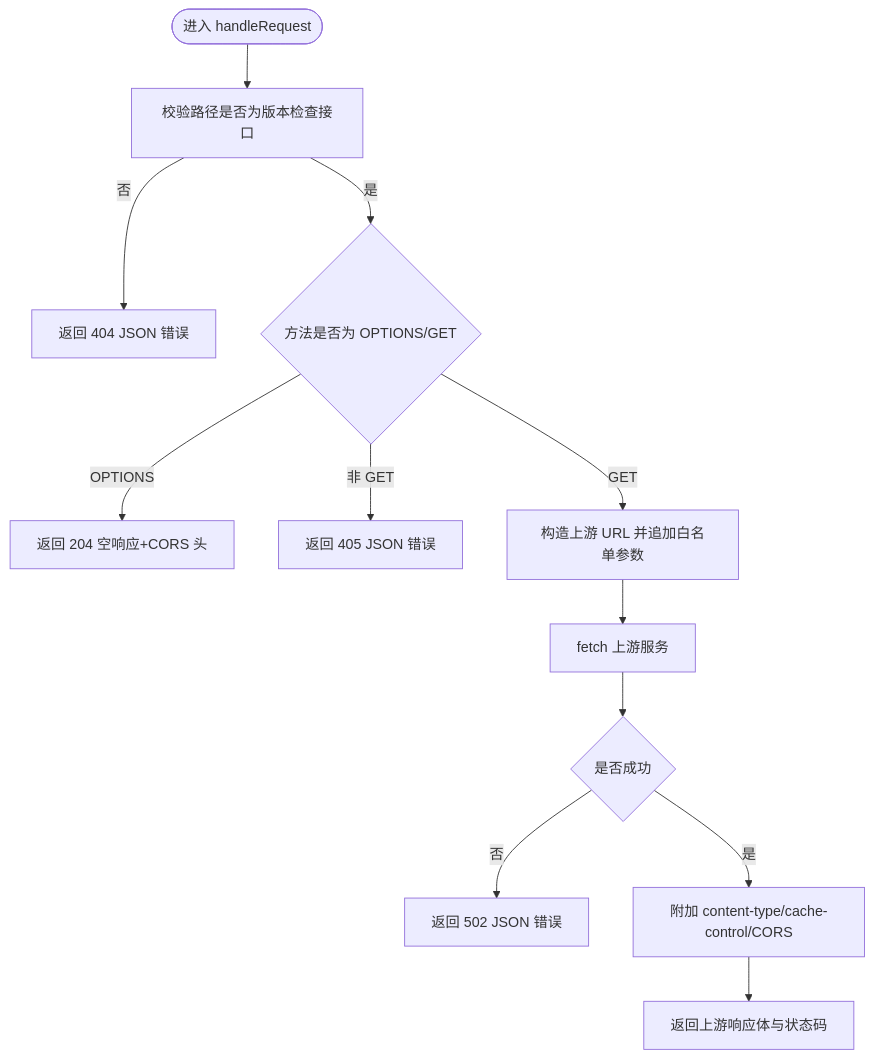
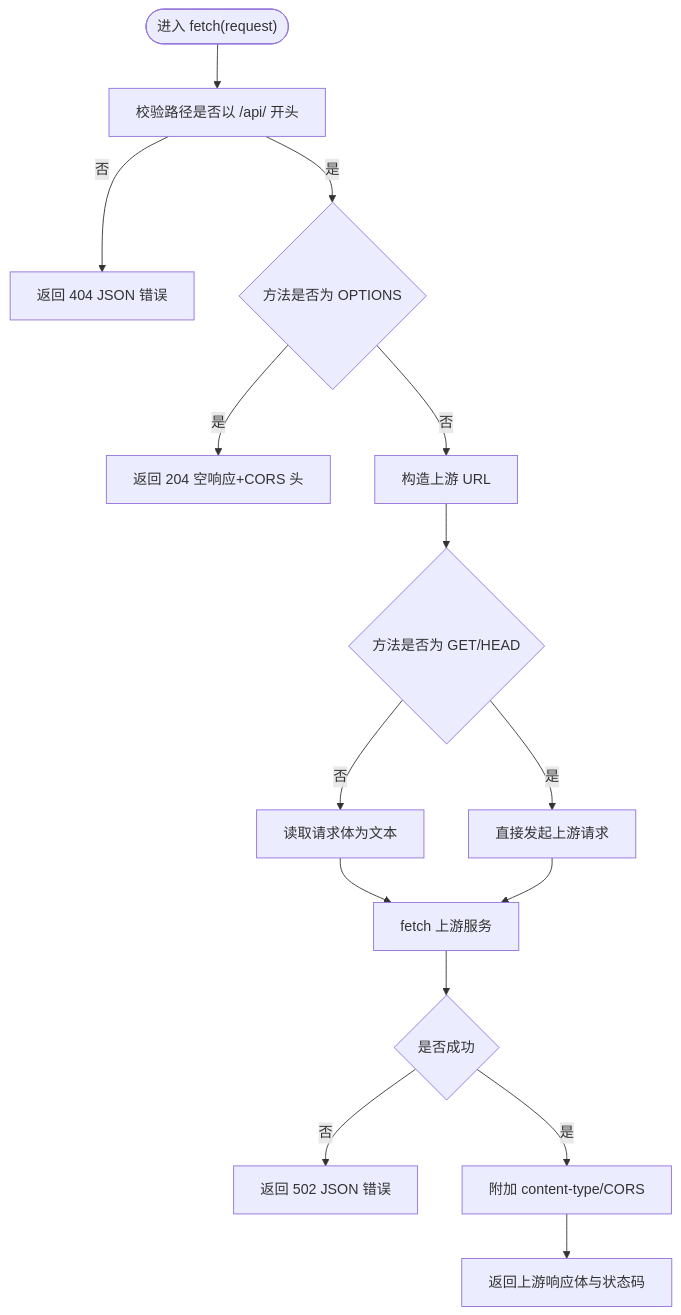
One commit to BlackWhiteBlock/med-vault-website changed the third of 5 diagrams in .qoder/repowiki/zh/content/架构设计/边缘函数系统.md. Above: the diagram before and after it, drawn with Mermaid. The commit also changed other lines of this file and 4 other files, not shown here.

````diff
--- a/.qoder/repowiki/zh/content/架构设计/边缘函数系统.md
+++ b/.qoder/repowiki/zh/content/架构设计/边缘函数系统.md
@@ -119,14 +138,17 @@
 ```mermaid
 flowchart TD
-Start(["进入 handleRequest"]) --> CheckPath["校验路径是否为版本检查接口"]
+Start(["进入 fetch(request)"]) --> CheckPath["校验路径是否以 /api/ 开头"]
 CheckPath --> |否| Err404["返回 404 JSON 错误"]
-CheckPath --> |是| CheckMethod{"方法是否为 OPTIONS/GET"}
-CheckMethod --> |OPTIONS| CorsPreflight["返回 204 空响应+CORS 头"]
-CheckMethod --> |非 GET| Err405["返回 405 JSON 错误"]
-CheckMethod --> |GET| BuildURL["构造上游 URL 并追加白名单参数"]
-BuildURL --> FetchUpstream["fetch 上游服务"]
+CheckPath --> |是| CheckMethod{"方法是否为 OPTIONS"}
+CheckMethod --> |是| CorsPreflight["返回 204 空响应+CORS 头"]
+CheckMethod --> |否| BuildUpstream["构造上游 URL"]
+BuildUpstream --> ReadBody{"方法是否为 GET/HEAD"}
+ReadBody --> |否| ReadText["读取请求体为文本"]
+ReadBody --> |是| DirectFetch["直接发起上游请求"]
+ReadText --> FetchUpstream["fetch 上游服务"]
+DirectFetch --> FetchUpstream
 FetchUpstream --> Ok{"是否成功"}
 Ok --> |否| Err502["返回 502 JSON 错误"]
-Ok --> |是| AddHeaders["附加 content-type/cache-control/CORS"]
+Ok --> |是| AddHeaders["附加 content-type/CORS"]
 AddHeaders --> ReturnResp["返回上游响应体与状态码"]
 ```
````
